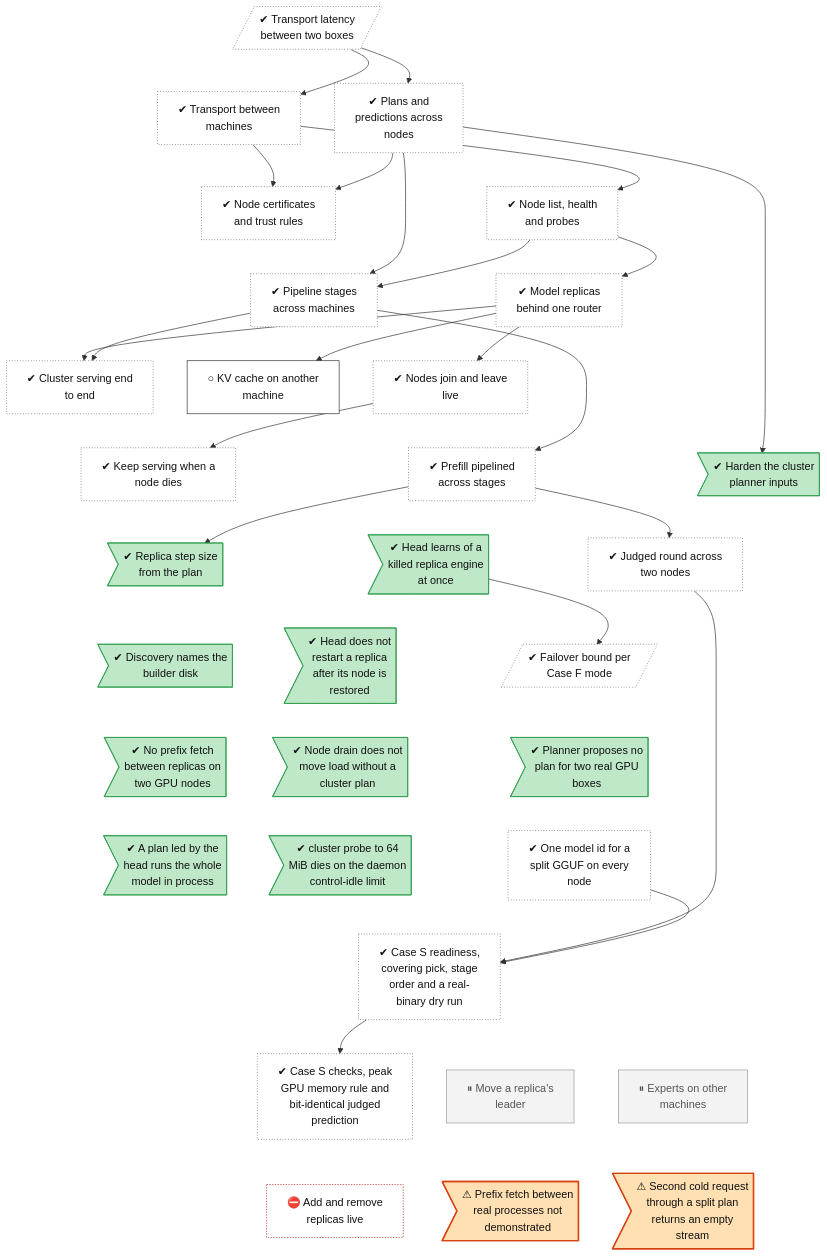
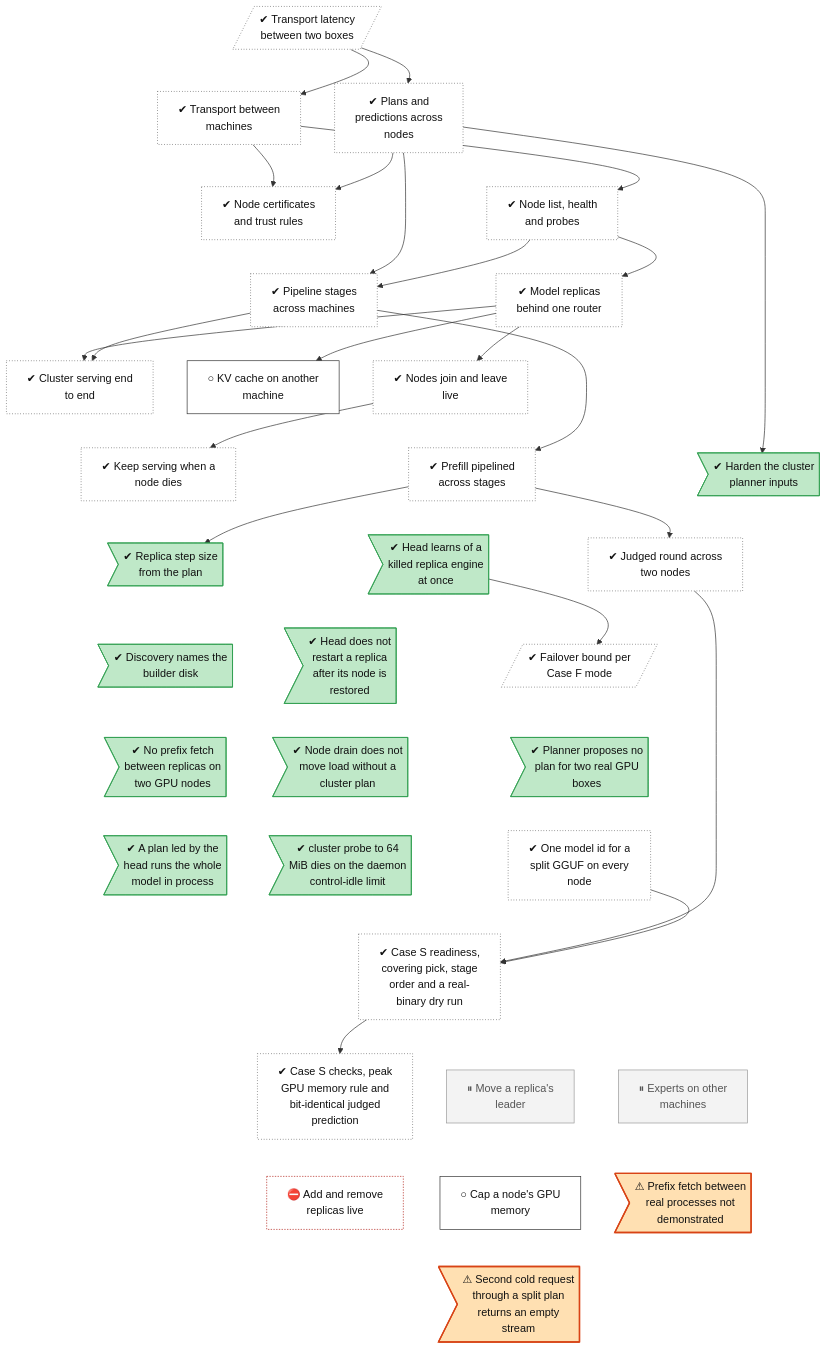
Before and after one commit to lhns/tetraeder: the diagram in docs/roadmap/tracks/cluster.md, drawn with Mermaid. The commit also changed other lines of this file and 15 other files, not shown here.

Commit message:
Phase 6 exit Case S (ADR 0091): pairs 2 and 3 found no usable pair, no download; tree nodes bench-phase6-exit-s and cluster-profile-gpu-cap; no verdict

```diff
--- a/docs/roadmap/tracks/cluster.md
+++ b/docs/roadmap/tracks/cluster.md
@@ -39,6 +39,7 @@
     cluster_leader_move["⏸ Move a replica's<br/>leader"]
     cluster_experts_nodes["⏸ Experts on other<br/>machines"]
     cluster_replica_scaling["⛔ Add and remove<br/>replicas live"]
+    cluster_profile_gpu_cap["○ Cap a node's GPU<br/>memory"]
     cluster_prefix_fetch_not_observed>"⚠ Prefix fetch between<br/>real processes not<br/>demonstrated"]
     cluster_second_cold_request_empty>"⚠ Second cold request<br/>through a split plan<br/>returns an empty<br/>stream"]
     cluster_transport_wan ~~~ cluster_transport
@@ -72,8 +73,11 @@
     cluster_case_s_ready ~~~ cluster_leader_move
     cluster_case_s_ready ~~~ cluster_experts_nodes
     cluster_case_s_checks ~~~ cluster_replica_scaling
-    cluster_leader_move ~~~ cluster_prefix_fetch_not_observed
-    cluster_experts_nodes ~~~ cluster_second_cold_request_empty
+    cluster_leader_move ~~~ cluster_profile_gpu_cap
+    cluster_experts_nodes ~~~ cluster_prefix_fetch_not_observed
+    cluster_replica_scaling ~~~ cluster_second_cold_request_empty
+    cluster_profile_gpu_cap ~~~ cluster_second_cold_request_empty
+    cluster_prefix_fetch_not_observed ~~~ cluster_second_cold_request_empty
     cluster_transport_wan --> cluster_transport
     cluster_transport_wan --> cluster_planner
     cluster_transport --> cluster_mtls
@@ -110,7 +114,7 @@
     classDef finding fill:#ffe0b2,stroke:#d84315,stroke-width:2px,color:#111
     classDef waiting fill:#e3f2fd,stroke:#1f6fc5,stroke-dasharray:5 5,color:#111
     class cluster_transport_wan,cluster_transport,cluster_planner,cluster_mtls,cluster_discovery,cluster_pipeline_nodes,cluster_replicas,cluster_integration,cluster_join_leave,cluster_failover,cluster_pipeline_prefill,cluster_judged_round_cmd,cluster_failover_bound,cluster_sharded_model_id,cluster_case_s_ready,cluster_case_s_checks unrated
-    class cluster_remote_kv next
+    class cluster_remote_kv,cluster_profile_gpu_cap next
     class cluster_planner_hardening,cluster_step_tokens_from_plan,cluster_mode1_detection,cluster_discovery_disk_names,cluster_rejoin_after_restore,cluster_prefix_fetch_not_triggered,cluster_plan_source_gpu_segments,cluster_drain_without_plan,cluster_head_led_plan_ignores_segments,cluster_probe_control_idle succ
     class cluster_leader_move,cluster_experts_nodes parked
     class cluster_replica_scaling blocked
```
